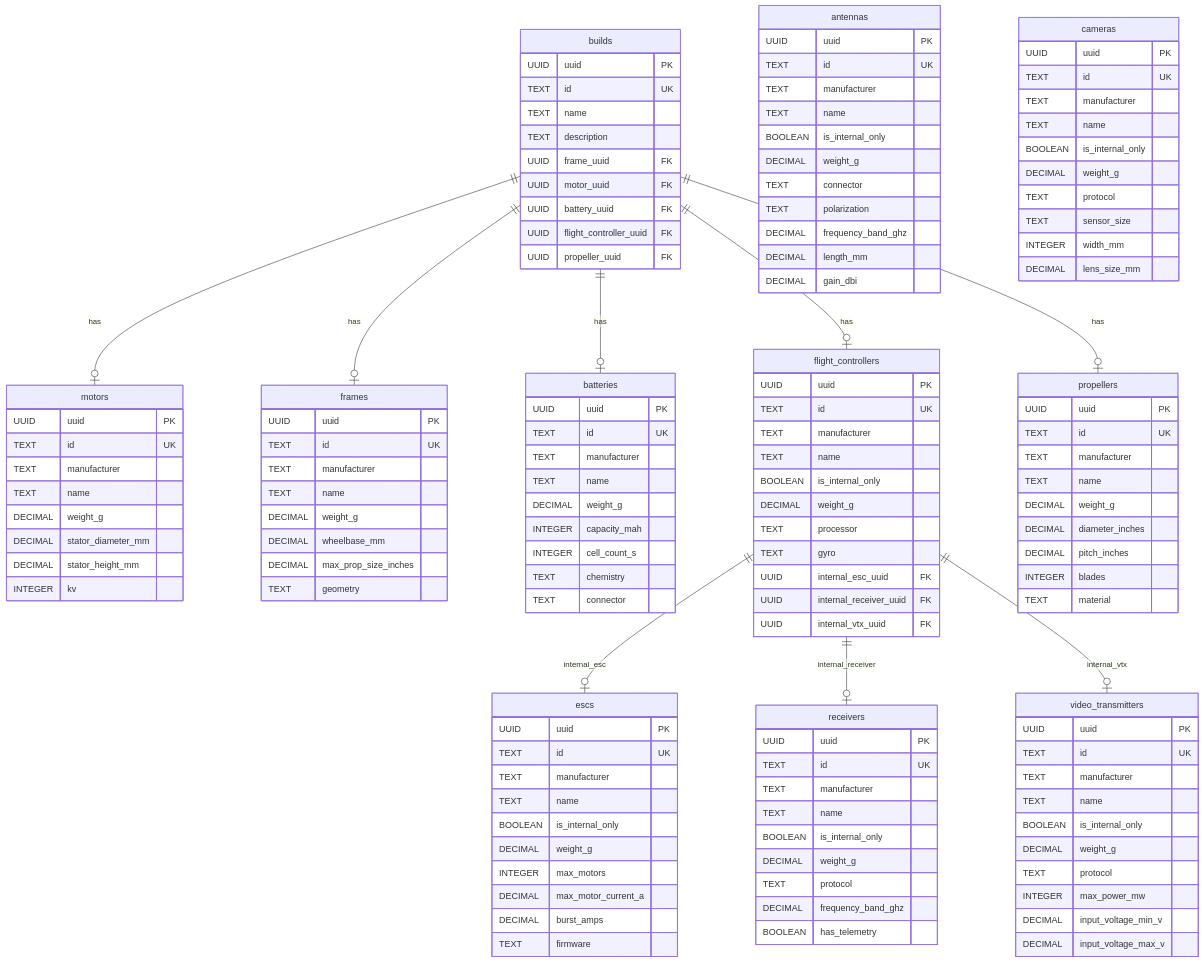
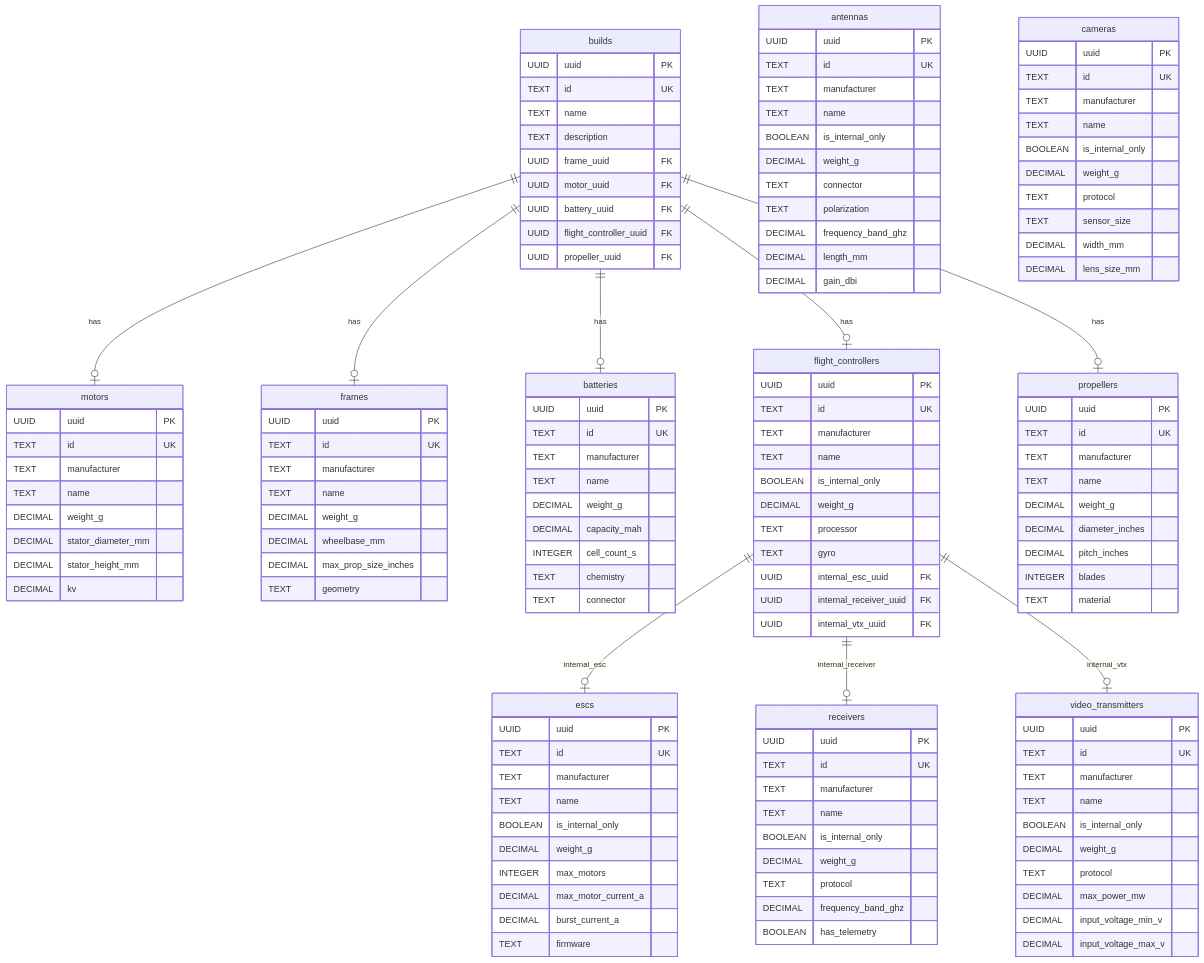
One commit to rohitramu/quadsmith changed the diagram in backend/db/diagram.mermaid. Above: the diagram before and after it, drawn with Mermaid. The commit also changed 13 other files, not shown here.

```diff
--- a/backend/db/diagram.mermaid
+++ b/backend/db/diagram.mermaid
@@ -1,147 +1,147 @@
 erDiagram
     builds {
         UUID uuid PK
         TEXT id UK
         TEXT name
         TEXT description
         UUID frame_uuid FK
         UUID motor_uuid FK
         UUID battery_uuid FK
         UUID flight_controller_uuid FK
         UUID propeller_uuid FK
     }
 
     motors {
         UUID uuid PK
         TEXT id UK
         TEXT manufacturer
         TEXT name
         DECIMAL weight_g
         DECIMAL stator_diameter_mm
         DECIMAL stator_height_mm
-        INTEGER kv
+        DECIMAL kv
     }
 
     frames {
         UUID uuid PK
         TEXT id UK
         TEXT manufacturer
         TEXT name
         DECIMAL weight_g
         DECIMAL wheelbase_mm
         DECIMAL max_prop_size_inches
         TEXT geometry
     }
 
     batteries {
         UUID uuid PK
         TEXT id UK
         TEXT manufacturer
         TEXT name
         DECIMAL weight_g
-        INTEGER capacity_mah
+        DECIMAL capacity_mah
         INTEGER cell_count_s
         TEXT chemistry
         TEXT connector
     }
 
     flight_controllers {
         UUID uuid PK
         TEXT id UK
         TEXT manufacturer
         TEXT name
         BOOLEAN is_internal_only
         DECIMAL weight_g
         TEXT processor
         TEXT gyro
         UUID internal_esc_uuid FK
         UUID internal_receiver_uuid FK
         UUID internal_vtx_uuid FK
     }
 
     escs {
         UUID uuid PK
         TEXT id UK
         TEXT manufacturer
         TEXT name
         BOOLEAN is_internal_only
         DECIMAL weight_g
         INTEGER max_motors
         DECIMAL max_motor_current_a
-        DECIMAL burst_amps
+        DECIMAL burst_current_a
         TEXT firmware
     }
 
     receivers {
         UUID uuid PK
         TEXT id UK
         TEXT manufacturer
         TEXT name
         BOOLEAN is_internal_only
         DECIMAL weight_g
         TEXT protocol
         DECIMAL frequency_band_ghz
         BOOLEAN has_telemetry
     }
 
     video_transmitters {
         UUID uuid PK
         TEXT id UK
         TEXT manufacturer
         TEXT name
         BOOLEAN is_internal_only
         DECIMAL weight_g
         TEXT protocol
-        INTEGER max_power_mw
+        DECIMAL max_power_mw
         DECIMAL input_voltage_min_v
         DECIMAL input_voltage_max_v
     }
 
     antennas {
         UUID uuid PK
         TEXT id UK
         TEXT manufacturer
         TEXT name
         BOOLEAN is_internal_only
         DECIMAL weight_g
         TEXT connector
         TEXT polarization
         DECIMAL frequency_band_ghz
         DECIMAL length_mm
         DECIMAL gain_dbi
     }
 
     propellers {
         UUID uuid PK
         TEXT id UK
         TEXT manufacturer
         TEXT name
         DECIMAL weight_g
         DECIMAL diameter_inches
         DECIMAL pitch_inches
         INTEGER blades
         TEXT material
     }
 
     cameras {
         UUID uuid PK
         TEXT id UK
         TEXT manufacturer
         TEXT name
         BOOLEAN is_internal_only
         DECIMAL weight_g
         TEXT protocol
         TEXT sensor_size
-        INTEGER width_mm
+        DECIMAL width_mm
         DECIMAL lens_size_mm
     }
 
     builds ||--o| frames : has
     builds ||--o| motors : has
     builds ||--o| batteries : has
     builds ||--o| flight_controllers : has
     builds ||--o| propellers : has
 
     flight_controllers ||--o| escs : internal_esc
     flight_controllers ||--o| receivers : internal_receiver
     flight_controllers ||--o| video_transmitters : internal_vtx
```
